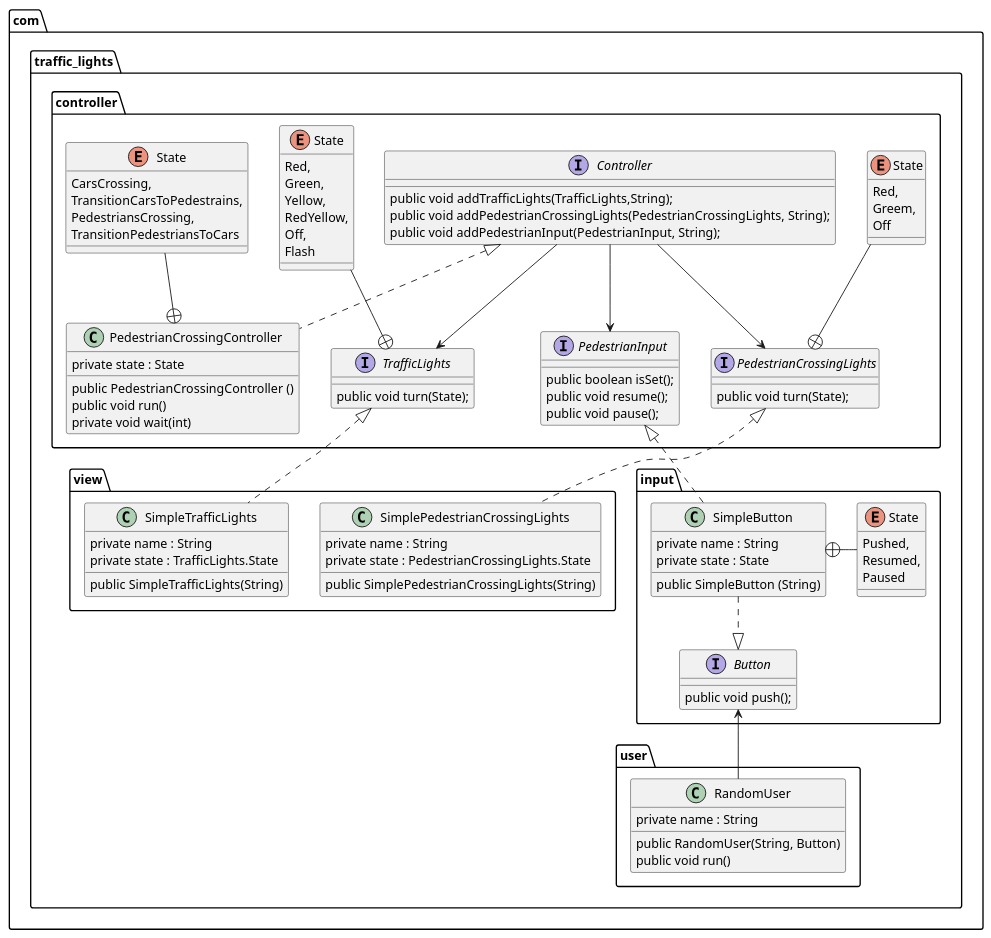
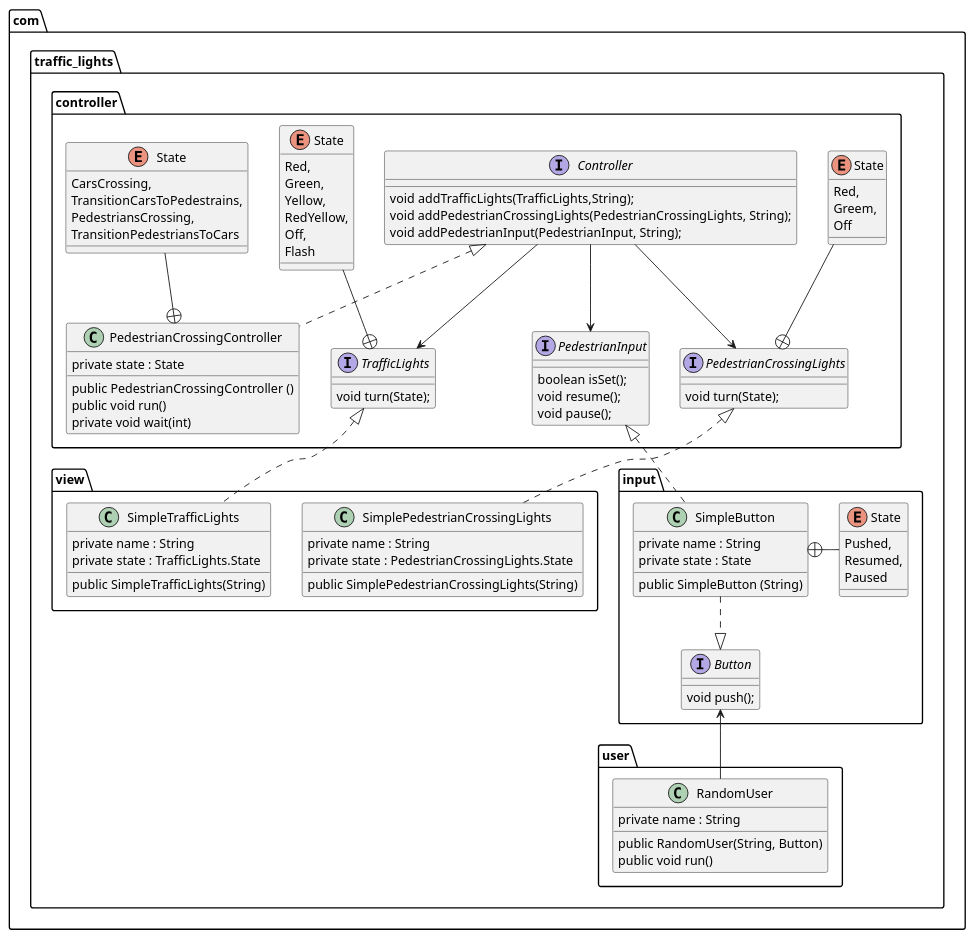
Before and after one commit to andrebauer/unterricht: the fifth of 5 diagrams in docs/anwendungsentwicklung/objektorientierte-programmierung-ampelsteuerung/lernsituation.adoc, drawn with PlantUML. The commit also changed other lines of this file, not shown here.

Commit message:
Remove unnecessary modifier public in interfaces.

```diff
--- a/docs/anwendungsentwicklung/objektorientierte-programmierung-ampelsteuerung/lernsituation.adoc
+++ b/docs/anwendungsentwicklung/objektorientierte-programmierung-ampelsteuerung/lernsituation.adoc
@@ -267,16 +267,16 @@
 package java.lang {
 
 interface Runnable {
-     public void run()
+     void run()
   }
 }
 '/
 
 package com.traffic_lights.controller {
   interface Controller {
-    public void addTrafficLights(TrafficLights,String);
-    public void addPedestrianCrossingLights(PedestrianCrossingLights, String);
-    public void addPedestrianInput(PedestrianInput, String);
+    void addTrafficLights(TrafficLights,String);
+    void addPedestrianCrossingLights(PedestrianCrossingLights, String);
+    void addPedestrianInput(PedestrianInput, String);
 
   }
 
@@ -307,7 +307,7 @@
   }
 
   interface "PedestrianCrossingLights" as pcl {
-    public void turn(State);
+    void turn(State);
   }
 
   pcl +-up- pclstate
@@ -323,16 +323,16 @@
 
 
   interface "TrafficLights" as tl {
-    public void turn(State);
+    void turn(State);
   }
 
   tl +-up- tlstate
 
   interface "PedestrianInput" as pi {
 
-    public boolean isSet();
-    public void resume();
-    public void pause();
+    boolean isSet();
+    void resume();
+    void pause();
   }
 
   Controller --> tl
@@ -342,7 +342,7 @@
 
 package com.traffic_lights.input {
   interface Button {
-    public void push();
+    void push();
 
   }
 
```
